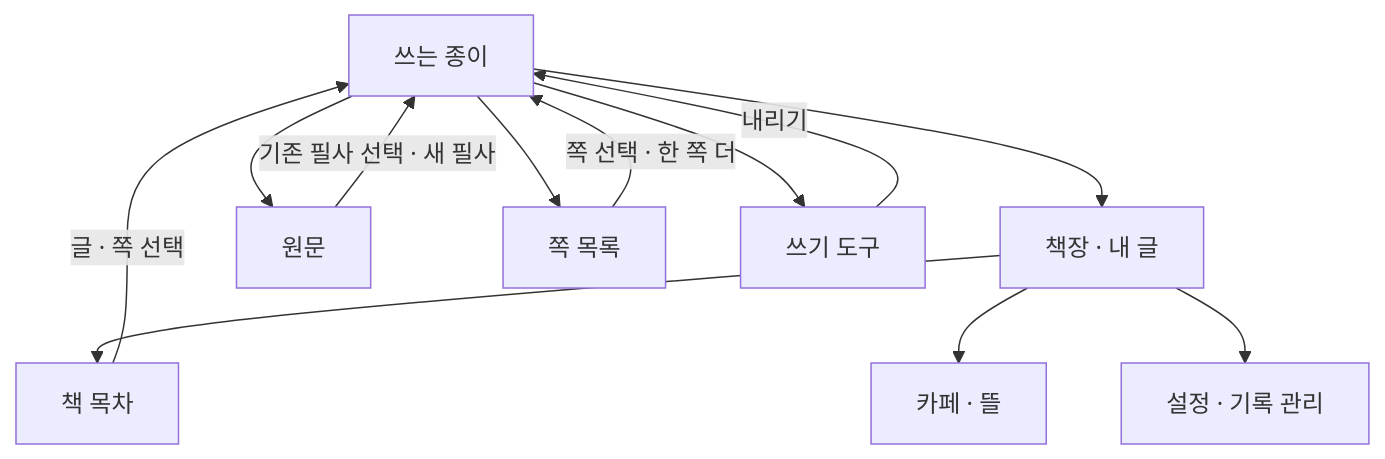
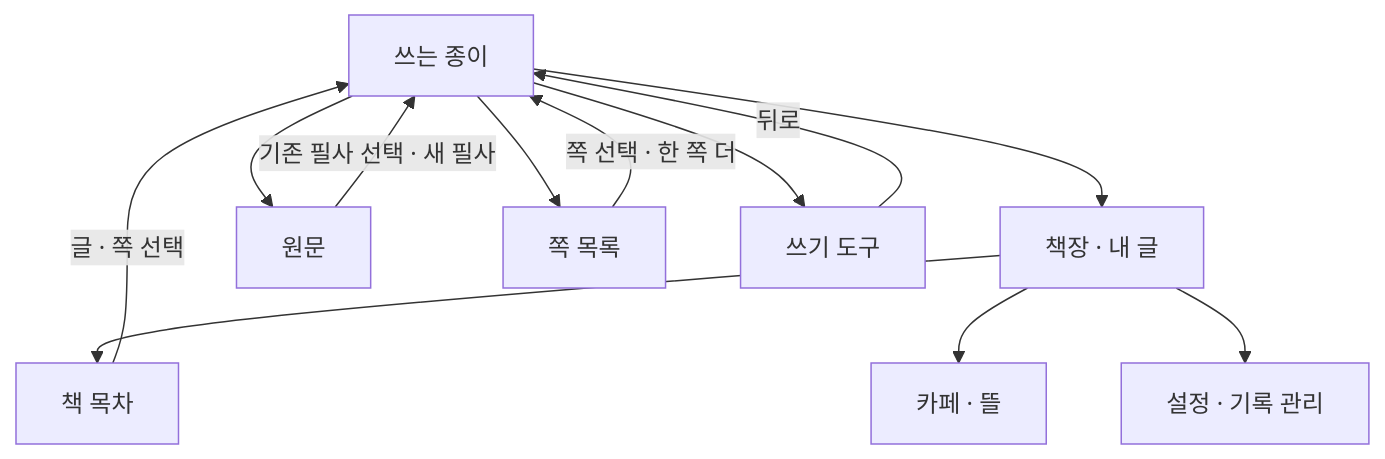
The diagram in docs/navigation.md (namsoon00/writing-human), drawn with Mermaid before and after one commit. The commit also changed other lines of this file and 25 other files, not shown here.

````diff
--- a/docs/navigation.md
+++ b/docs/navigation.md
@@ -32,15 +33,15 @@
 ```mermaid
 flowchart TD
   W[쓰는 종이]
   W --> S[책장 · 내 글]
   W --> O[원문]
   W --> P[쪽 목록]
   W --> T[쓰기 도구]
   S --> B[책 목차]
   S --> C[카페 · 뜰]
   S --> SET[설정 · 기록 관리]
   B -->|글 · 쪽 선택| W
   O -->|기존 필사 선택 · 새 필사| W
   P -->|쪽 선택 · 한 쪽 더| W
-  T -->|내리기| W
+  T -->|뒤로| W
 ```
````
